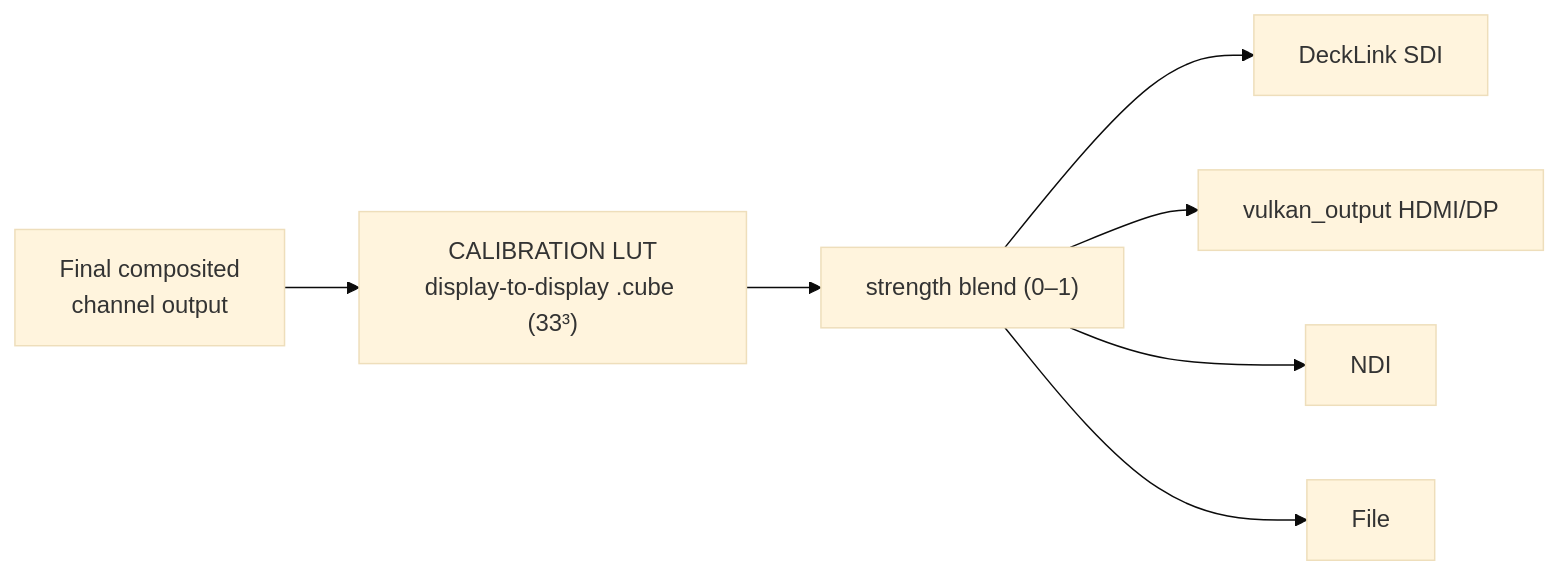
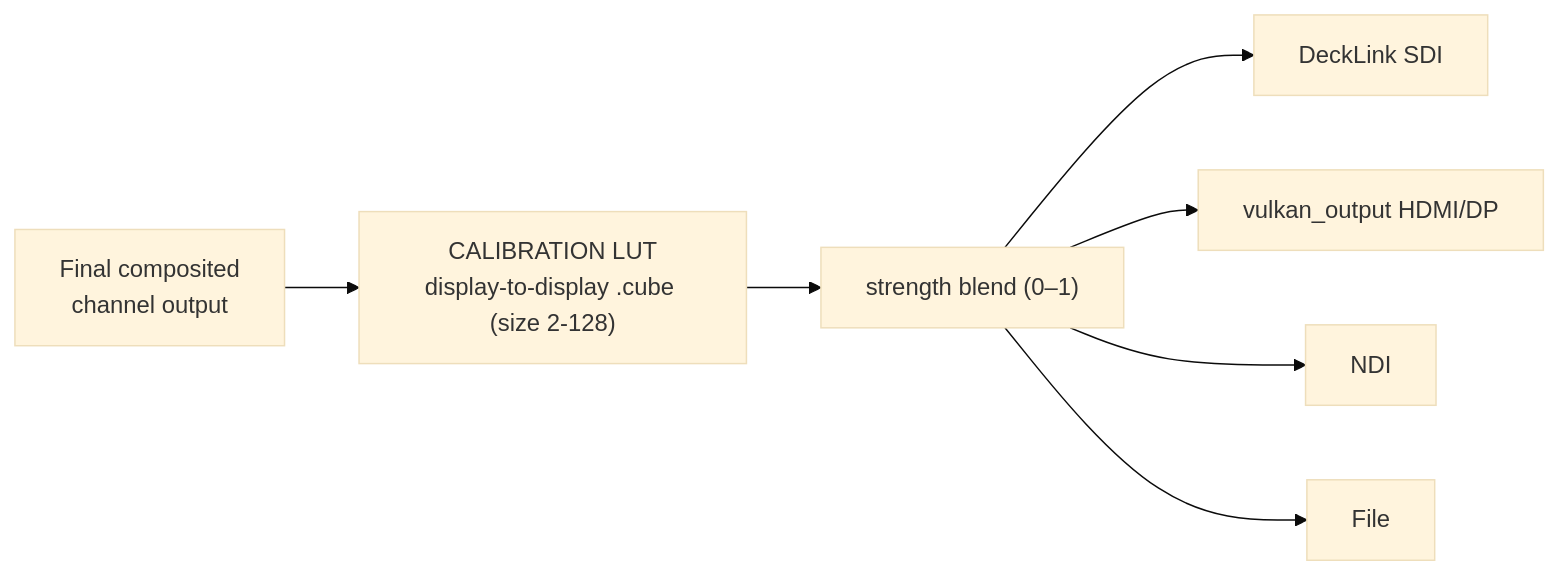
The diagram in docs/guides/LED_CALIBRATION.md (C-alcaide/server), drawn with Mermaid (base theme) before and after one commit. The commit also changed other lines of this file and 1 other file, not shown here.

First line of the commit message:
docs(guides): a non-unit LUT domain is refused, and both LUT docs said otherwise

````diff
--- a/docs/guides/LED_CALIBRATION.md
+++ b/docs/guides/LED_CALIBRATION.md
@@ -20,9 +20,9 @@
 ```mermaid
 flowchart LR
-    COMP["Final composited<br/>channel output"] --> LUT["CALIBRATION LUT<br/>display-to-display .cube (33³)"]
+    COMP["Final composited<br/>channel output"] --> LUT["CALIBRATION LUT<br/>display-to-display .cube (size 2-128)"]
     LUT --> BL["strength blend (0–1)"]
     BL --> D["DeckLink SDI"]
     BL --> V["vulkan_output HDMI/DP"]
     BL --> N["NDI"]
     BL --> F["File"]
 ```
````
